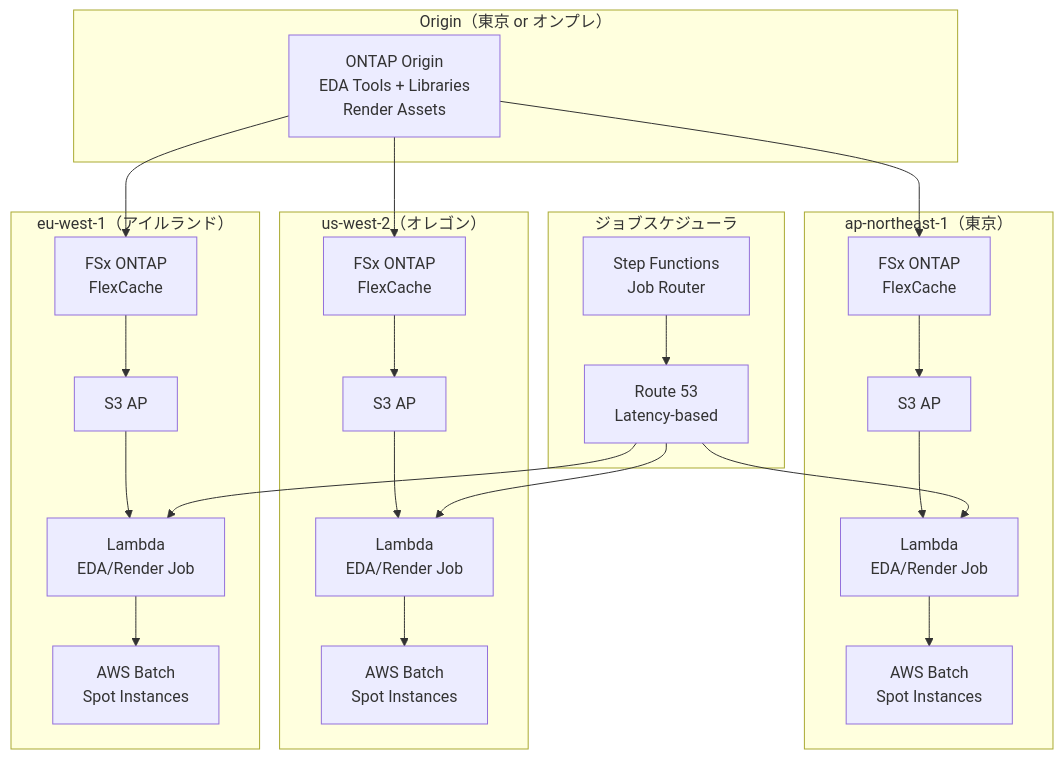
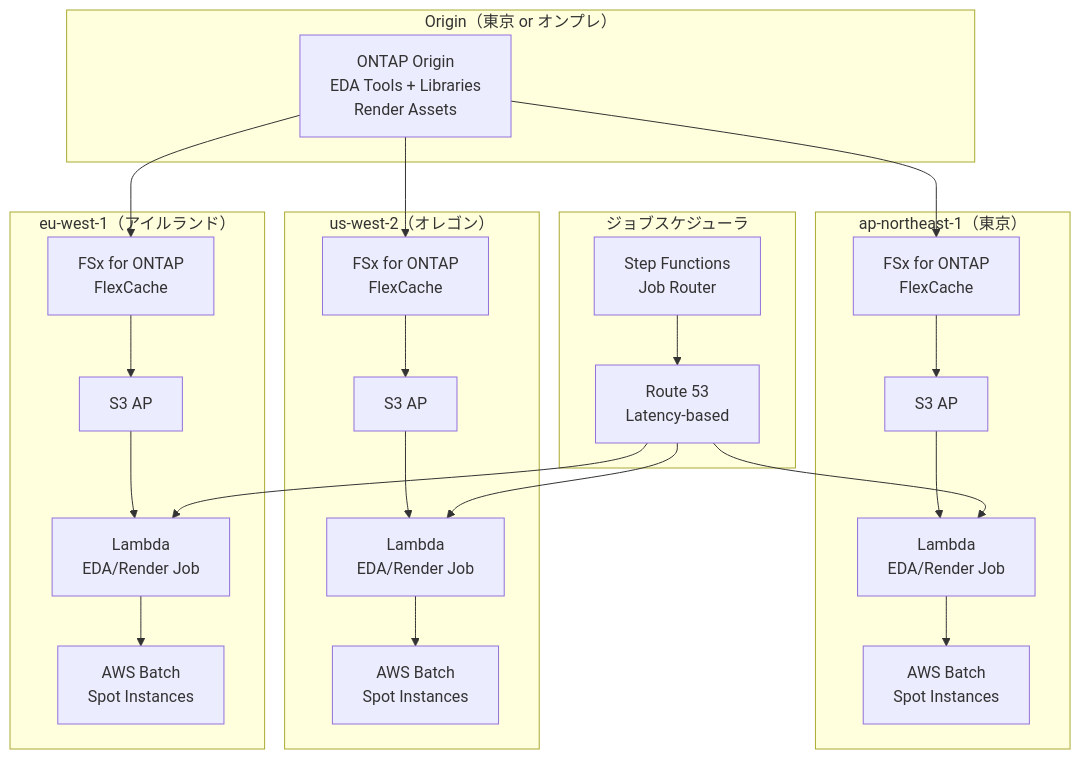
Before and after one commit to Yoshiki0705/FSx-for-ONTAP-S3AccessPoints-Serverless-Patterns: the fourth of 6 diagrams in flexcache-anycast-dr/docs/architecture.md, drawn with Mermaid. The commit also changed other lines of this file and 752 other files, not shown here.

````diff
--- a/flexcache-anycast-dr/docs/architecture.md
+++ b/flexcache-anycast-dr/docs/architecture.md
@@ -102,38 +102,38 @@
 ```mermaid
 graph TB
     subgraph "Origin（東京 or オンプレ）"
         ORIGIN[ONTAP Origin<br/>EDA Tools + Libraries<br/>Render Assets]
     end
     subgraph "ap-northeast-1（東京）"
-        FSX_TKY[FSx ONTAP<br/>FlexCache]
+        FSX_TKY[FSx for ONTAP<br/>FlexCache]
         S3AP_TKY[S3 AP]
         LAMBDA_TKY[Lambda<br/>EDA/Render Job]
         BATCH_TKY[AWS Batch<br/>Spot Instances]
     end
     subgraph "us-west-2（オレゴン）"
-        FSX_PDX[FSx ONTAP<br/>FlexCache]
+        FSX_PDX[FSx for ONTAP<br/>FlexCache]
         S3AP_PDX[S3 AP]
         LAMBDA_PDX[Lambda<br/>EDA/Render Job]
         BATCH_PDX[AWS Batch<br/>Spot Instances]
     end
     subgraph "eu-west-1（アイルランド）"
-        FSX_DUB[FSx ONTAP<br/>FlexCache]
+        FSX_DUB[FSx for ONTAP<br/>FlexCache]
         S3AP_DUB[S3 AP]
         LAMBDA_DUB[Lambda<br/>EDA/Render Job]
         BATCH_DUB[AWS Batch<br/>Spot Instances]
     end
     subgraph "ジョブスケジューラ"
         SCHED[Step Functions<br/>Job Router]
         R53[Route 53<br/>Latency-based]
     end
     ORIGIN --> FSX_TKY
     ORIGIN --> FSX_PDX
     ORIGIN --> FSX_DUB
     FSX_TKY --> S3AP_TKY --> LAMBDA_TKY --> BATCH_TKY
     FSX_PDX --> S3AP_PDX --> LAMBDA_PDX --> BATCH_PDX
     FSX_DUB --> S3AP_DUB --> LAMBDA_DUB --> BATCH_DUB
     SCHED --> R53
     R53 --> LAMBDA_TKY
     R53 --> LAMBDA_PDX
     R53 --> LAMBDA_DUB
 ```
````
